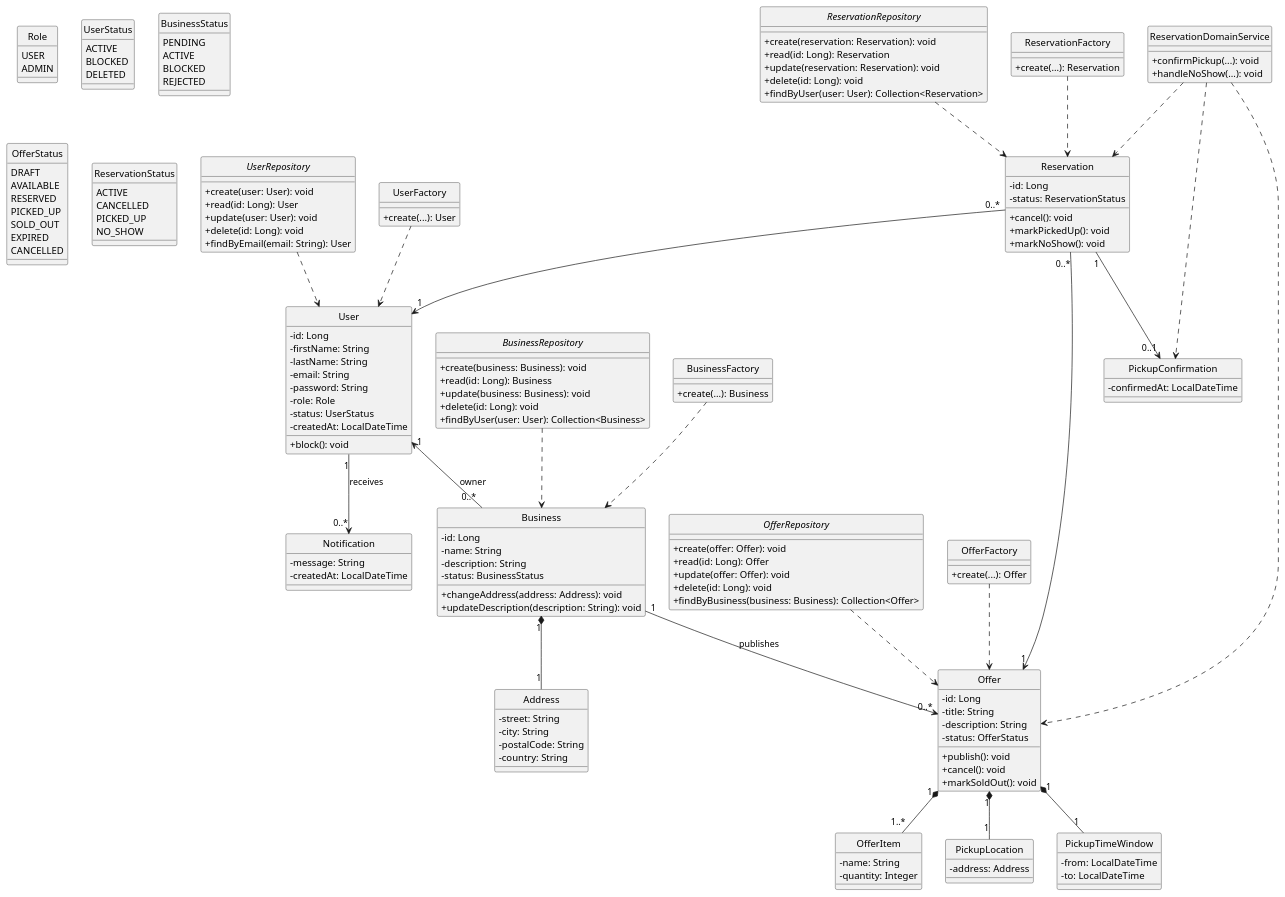
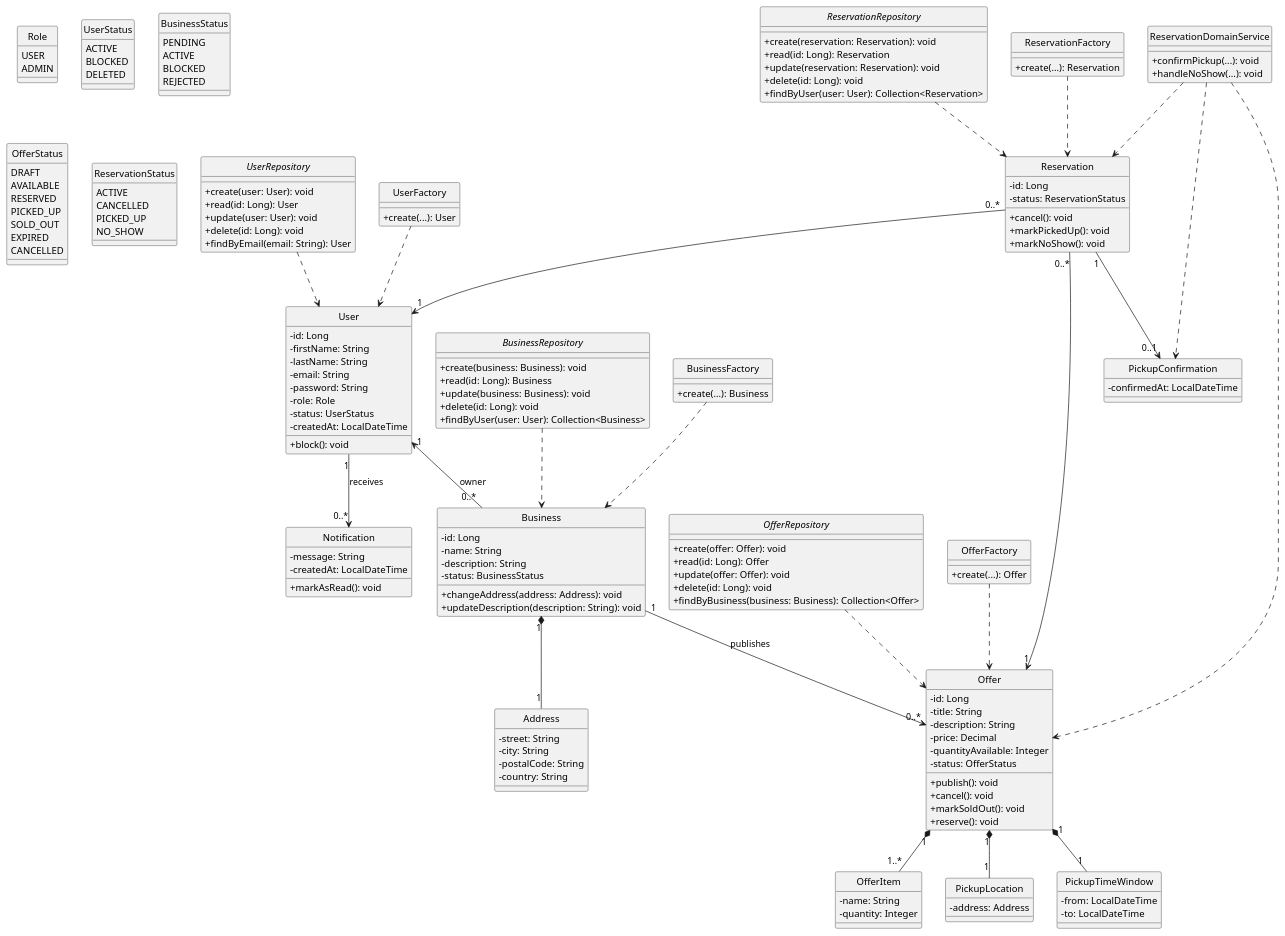
Before and after one commit to az1plo/food-rescue-backend: the diagram in food-rescue-platform.puml, drawn with PlantUML. The commit also changed 1 other file, not shown here.

```diff
--- a/food-rescue-platform.puml
+++ b/food-rescue-platform.puml
@@ -1,188 +1,192 @@
 @startuml
 hide circle
 skinparam classAttributeIconSize 0
 
 enum Role {
   USER
   ADMIN
 }
 
 enum UserStatus {
   ACTIVE
   BLOCKED
   DELETED
 }
 
 enum BusinessStatus {
   PENDING
   ACTIVE
   BLOCKED
   REJECTED
 }
 
 enum OfferStatus {
   DRAFT
   AVAILABLE
   RESERVED
   PICKED_UP
   SOLD_OUT
   EXPIRED
   CANCELLED
 }
 
 enum ReservationStatus {
   ACTIVE
   CANCELLED
   PICKED_UP
   NO_SHOW
 }
 
 class User {
   - id: Long
   - firstName: String
   - lastName: String
   - email: String
   - password: String
   - role: Role
   - status: UserStatus
   - createdAt: LocalDateTime
   + block(): void
 }
 
 class Business {
   - id: Long
   - name: String
   - description: String
   - status: BusinessStatus
   + changeAddress(address: Address): void
   + updateDescription(description: String): void
 }
 
 class Address {
   - street: String
   - city: String
   - postalCode: String
   - country: String
 }
 
 class Offer {
   - id: Long
   - title: String
   - description: String
+  - price: Decimal
+  - quantityAvailable: Integer
   - status: OfferStatus
   + publish(): void
   + cancel(): void
   + markSoldOut(): void
+  + reserve(): void 
 }
 
 class OfferItem {
   - name: String
   - quantity: Integer
 }
 
 class Reservation {
   - id: Long
   - status: ReservationStatus
   + cancel(): void
   + markPickedUp(): void
   + markNoShow(): void
 }
 
 class PickupLocation {
   - address: Address
 }
 
 class PickupTimeWindow {
   - from: LocalDateTime
   - to: LocalDateTime
 }
 
 class PickupConfirmation {
   - confirmedAt: LocalDateTime
 }
 
 class Notification {
   - message: String
   - createdAt: LocalDateTime
+  + markAsRead(): void
 }
 
 interface UserRepository {
   + create(user: User): void
   + read(id: Long): User
   + update(user: User): void
   + delete(id: Long): void
   + findByEmail(email: String): User
 }
 
 interface BusinessRepository {
   + create(business: Business): void
   + read(id: Long): Business
   + update(business: Business): void
   + delete(id: Long): void
   + findByUser(user: User): Collection<Business>
 }
 
 interface OfferRepository {
   + create(offer: Offer): void
   + read(id: Long): Offer
   + update(offer: Offer): void
   + delete(id: Long): void
   + findByBusiness(business: Business): Collection<Offer>
 }
 
 interface ReservationRepository {
   + create(reservation: Reservation): void
   + read(id: Long): Reservation
   + update(reservation: Reservation): void
   + delete(id: Long): void
   + findByUser(user: User): Collection<Reservation>
 }
 
 class UserFactory {
   + create(...): User
 }
 
 class BusinessFactory {
   + create(...): Business
 }
 
 class OfferFactory {
   + create(...): Offer
 }
 
 class ReservationFactory {
   + create(...): Reservation
 }
 
 class ReservationDomainService {
   + confirmPickup(...): void
   + handleNoShow(...): void
 }
 
 User "1" <-- "0..*" Business : owner
 Business "1" *-- "1" Address
 Business "1" --> "0..*" Offer : publishes
 User "1" --> "0..*" Notification : receives
 
 Offer "1" *-- "1..*" OfferItem
 Offer "1" *-- "1" PickupLocation
 Offer "1" *-- "1" PickupTimeWindow
 
 Reservation "0..*" --> "1" Offer
 Reservation "0..*" --> "1" User
 Reservation "1" --> "0..1" PickupConfirmation
 
 UserRepository ..> User
 BusinessRepository ..> Business
 OfferRepository ..> Offer
 ReservationRepository ..> Reservation
 
 UserFactory ..> User
 BusinessFactory ..> Business
 OfferFactory ..> Offer
 ReservationFactory ..> Reservation
 
 ReservationDomainService ..> Reservation
 ReservationDomainService ..> Offer
 ReservationDomainService ..> PickupConfirmation
 @enduml
```
